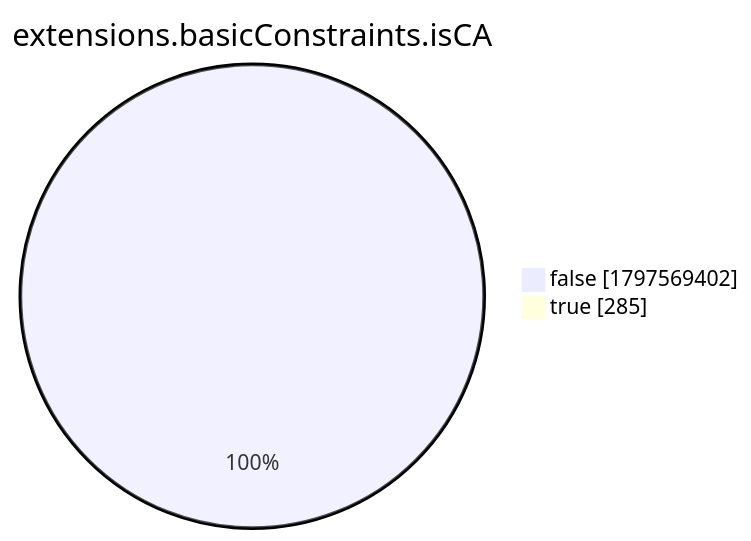
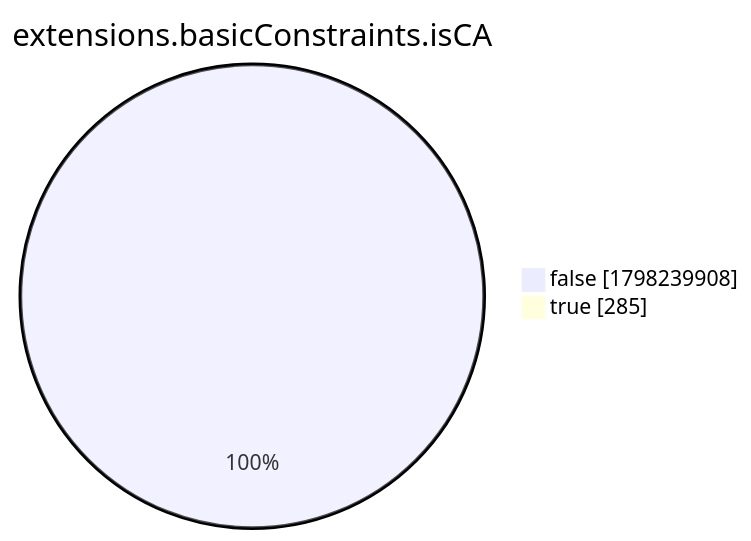
The eighth of 15 diagrams in xenon2022/README.md (christiankrug/ctmonitor_visualization), drawn with Mermaid before and after one commit. The commit also changed other lines of this file, not shown here.

````diff
--- a/xenon2022/README.md
+++ b/xenon2022/README.md
@@ -2868,6 +2868,6 @@
 ```mermaid
 pie showData
 title extensions.basicConstraints.isCA
-"false" :1797569402
+"false" :1798239908
 "true" :285
 ```
````
